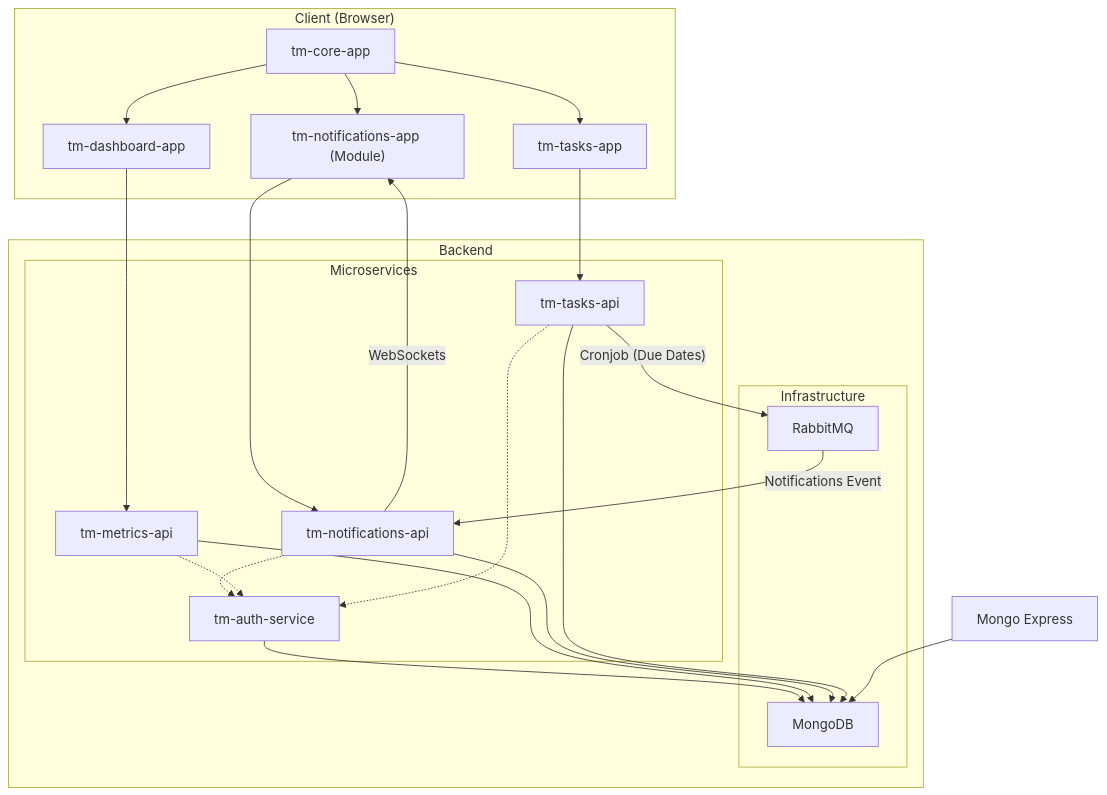
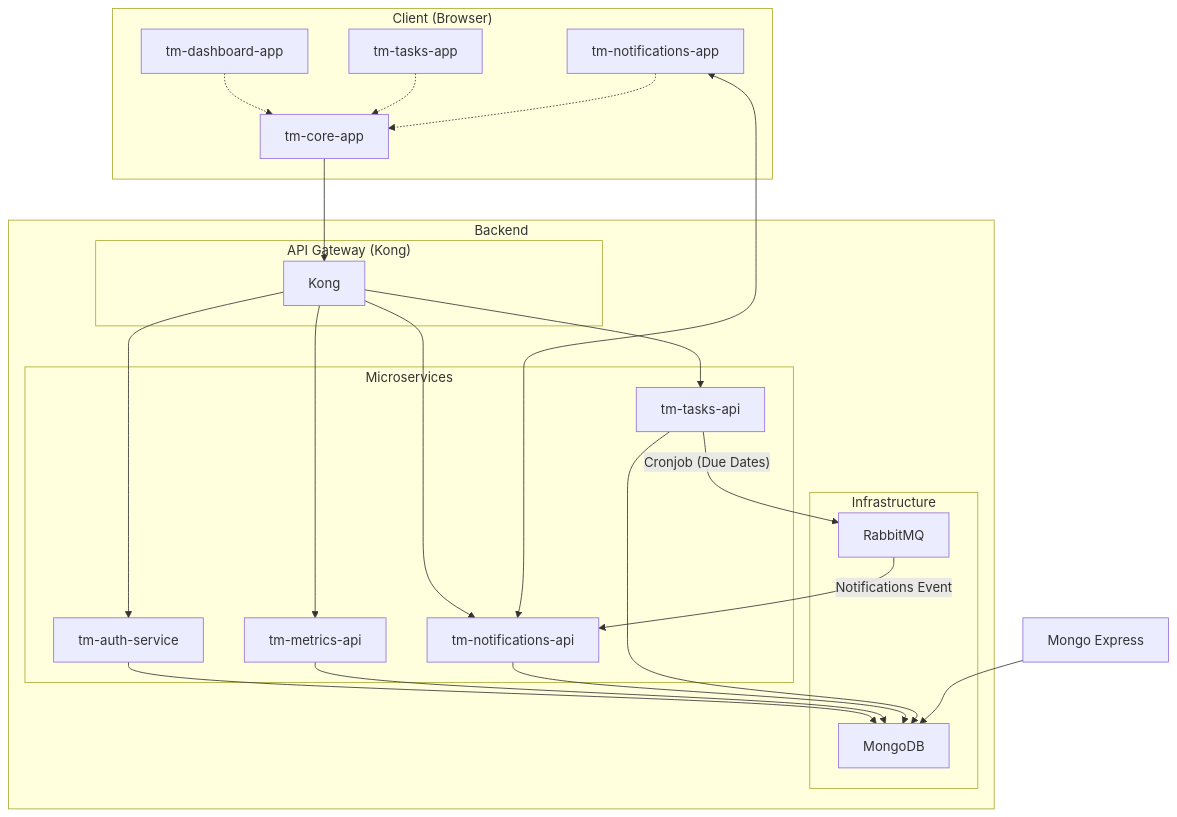
One commit to Zyoruk/task-manager changed the diagram in README.md. Above: the diagram before and after it, drawn with Mermaid.

````diff
--- a/README.md
+++ b/README.md
@@ -113,35 +113,42 @@
 ```mermaid
 graph TD
   subgraph "Client (Browser)"
     A["tm-core-app"]
-    B["tm-notifications-app (Module)"]
-    C["tm-dashboard-app"]
-    D["tm-tasks-app"]
+    B["tm-dashboard-app"]
+    C["tm-tasks-app"]
+    D["tm-notifications-app"]
   end
   subgraph "Backend"
+    subgraph "API Gateway (Kong)"
+      L["Kong"]
+    end
     subgraph "Microservices"
       E["tm-auth-service"]
       F["tm-metrics-api"]
       G["tm-notifications-api"]
       H["tm-tasks-api"]
     end
     subgraph "Infrastructure"
       I["RabbitMQ"]
       J["MongoDB"]
     end
   end
-  A --> B
-  A --> C
-  A --> D
-  B --> G -.-> E
-  C --> F -.-> E
-  D --> H -.-> E
-  G -- WebSockets --> B
+  A --> L
+  L --> E
+  L --> F
+  L --> G
+  L --> H
   E --> J
   F --> J
   G --> J
   H --> J
   H -- Cronjob (Due Dates) --> I
   I -- Notifications Event --> G
   K["Mongo Express"] --> J
+  B -.-> A
+  C -.-> A
+  D -.-> A
+  D <--> G 
+
+
 ```
````
